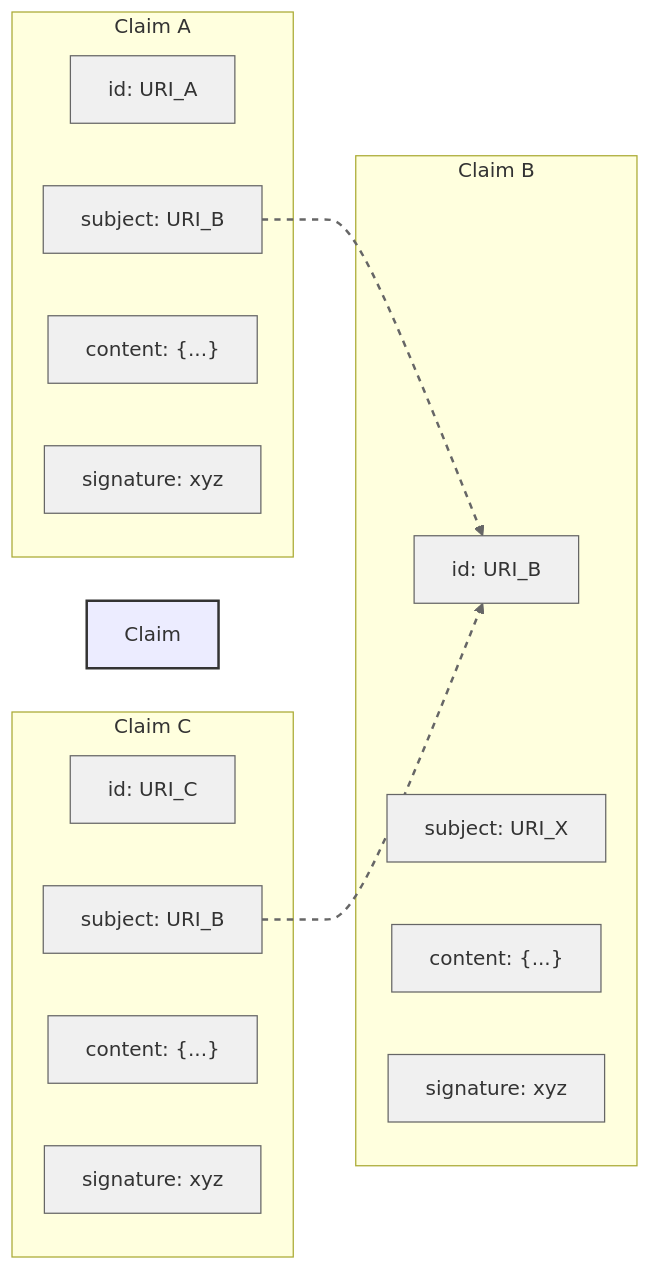
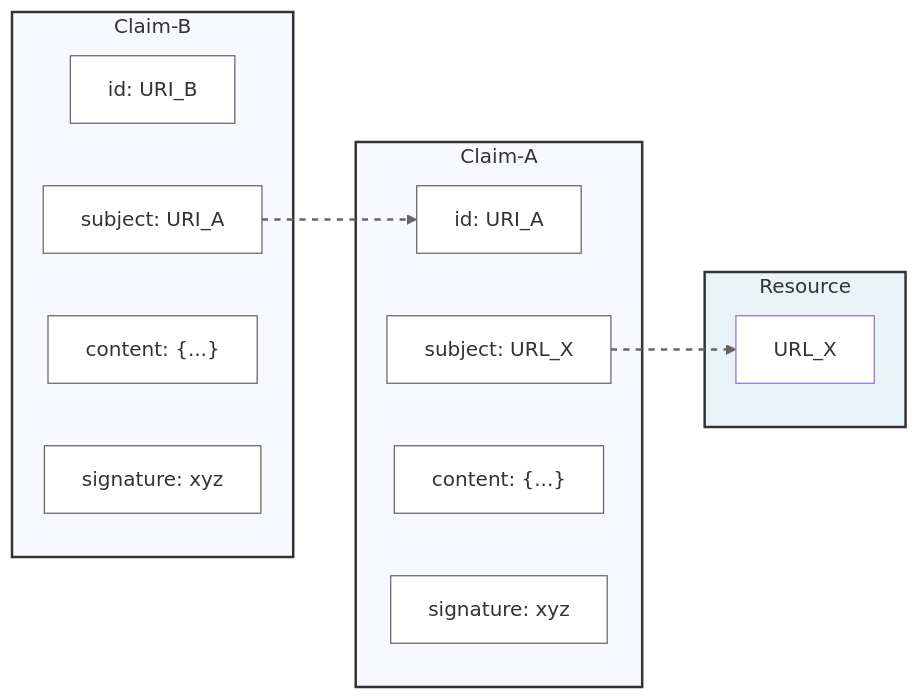
Before and after one commit to decentralized-identity/labs-linkedclaims: the diagram in spec/spec.md, drawn with Mermaid. The commit also changed other lines of this file, not shown here.

Commit message:
core diagram, terminology and conformance requirements

````diff
--- a/spec/spec.md
+++ b/spec/spec.md
@@ -66,38 +70,37 @@
 ```mermaid
 
 graph LR
-    subgraph Claim A
-        A_id["id: URI_A"]
-        A_subject["subject: URI_B"]
-        A_content["content: {...}"]
-        A_sig["signature: xyz"]
-    end
-    
-    subgraph Claim B
+    subgraph Claim-B
         B_id["id: URI_B"]
-        B_subject["subject: URI_X"]
+        B_subject["subject: URI_A"]
         B_content["content: {...}"]
         B_sig["signature: xyz"]
     end
     
-    subgraph Claim C
-        C_id["id: URI_C"]
-        C_subject["subject: URI_B"]
-        C_content["content: {...}"]
-        C_sig["signature: xyz"]
+    subgraph Claim-A
+        A_id["id: URI_A"]
+        A_subject["subject: URL_X"]
+        A_content["content: {...}"]
+        A_sig["signature: xyz"]
     end
 
-    %% Claims point to target claim's ID URI
-    A_subject -.-> B_id
-    C_subject -.-> B_id
+    subgraph Resource
+        X["URL_X"]
+    end
+
+    %% Claims point to their subjects
+    B_subject -.-> A_id
+    A_subject -.-> X
     
-    classDef claim fill:#e6e6fa,stroke:#333,stroke-width:2px;
-    classDef claimPart fill:#f0f0f0,stroke:#666,stroke-width:1px;
-    class A_id,B_id,C_id,A_subject,B_subject,C_subject,A_content,B_content,C_content,A_sig,B_sig,C_sig claimPart;
+    classDef claim fill:#f8f8ff,stroke:#333,stroke-width:2px
+    classDef claimPart fill:#ffffff,stroke:#666,stroke-width:1px
+    classDef resource fill:#e8f4f8,stroke:#333,stroke-width:2px
     
-    style Claim A fill:#e6e6fa,stroke:#333,stroke-width:2px;
-    style Claim B fill:#e6e6fa,stroke:#333,stroke-width:2px;
-    style Claim C fill:#e6e6fa,stroke:#333,stroke-width:2px;
-
-    linkStyle 0,1 stroke:#666,stroke-width:2px,stroke-dasharray: 5;
+    class B_id,B_subject,B_content,B_sig,A_id,A_subject,A_content,A_sig claimPart
+    style Claim-A fill:#f8f8ff,stroke:#333,stroke-width:2px
+    style Claim-B fill:#f8f8ff,stroke:#333,stroke-width:2px
+    style Resource fill:#e8f4f8,stroke:#333,stroke-width:2px
+    style X fill:#ffffff
+    
+    linkStyle 0,1 stroke:#666,stroke-width:2px,stroke-dasharray: 5
 ```
````
